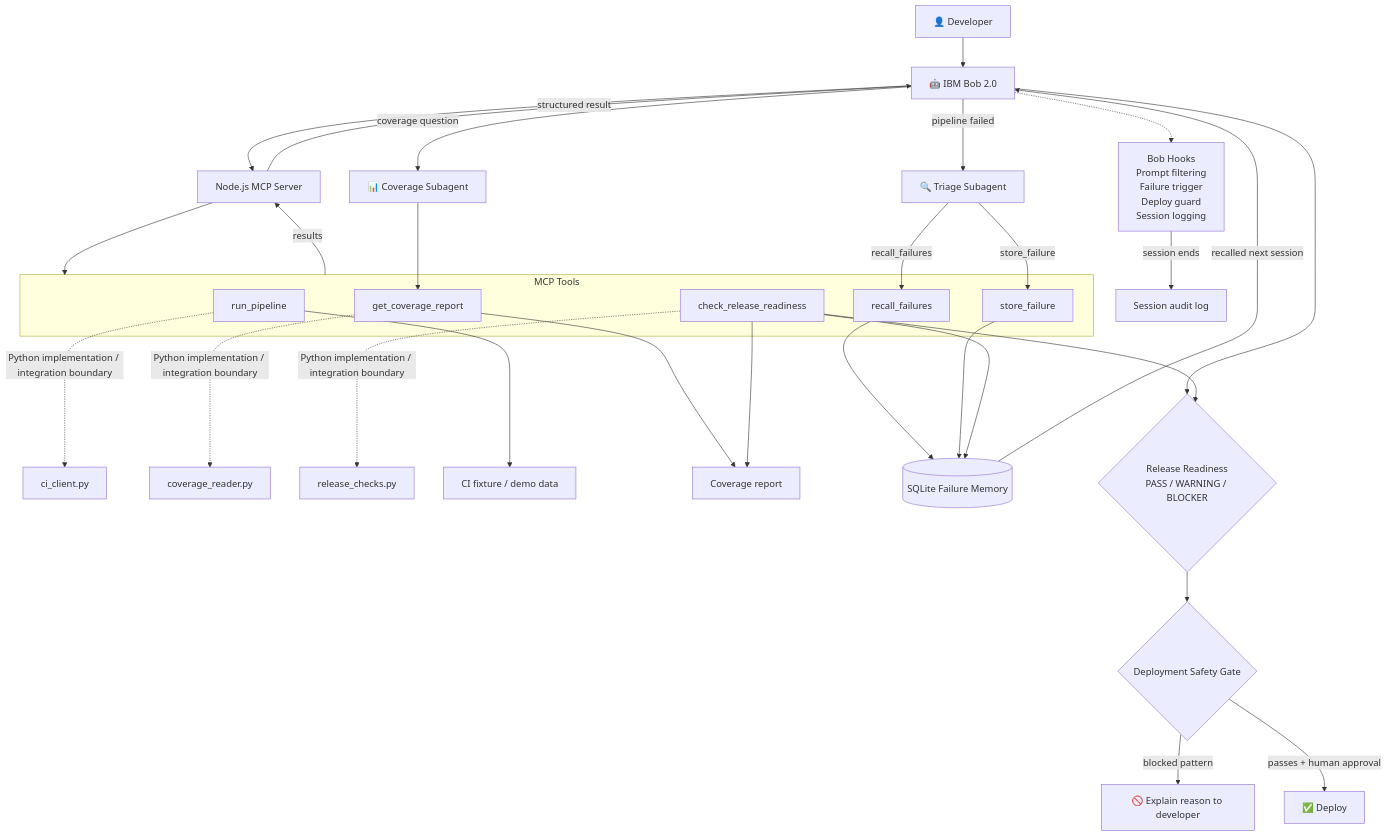
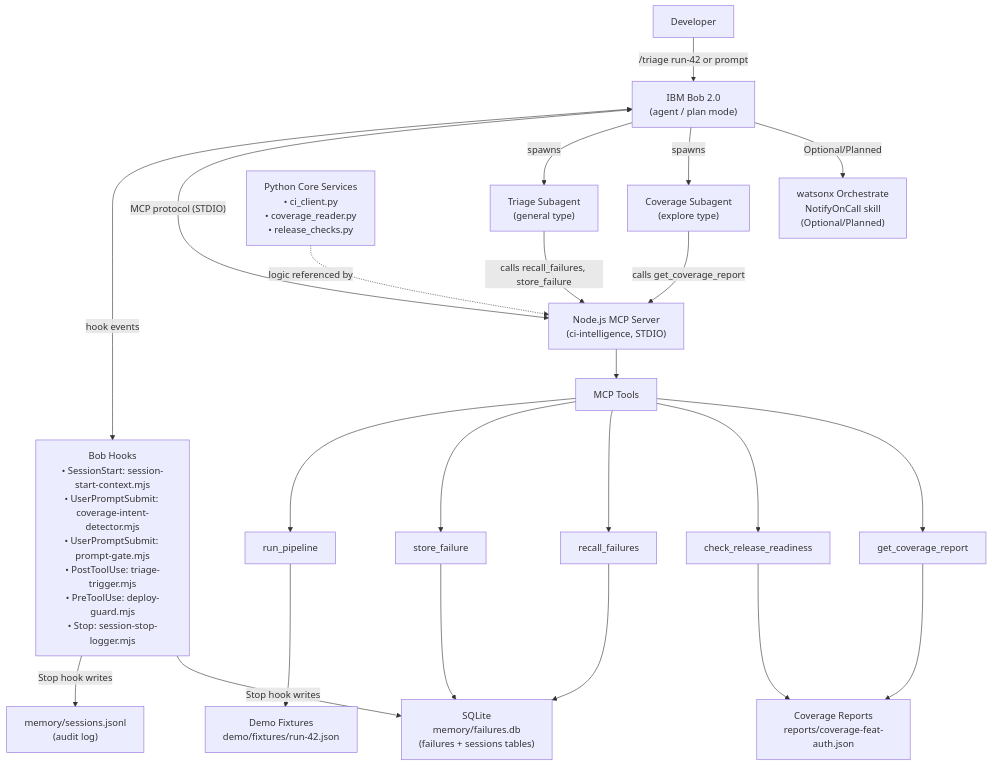
The diagram in README.md (SiddharthAgr/ibm_hackethon_4play), drawn with Mermaid before and after one commit. The commit also changed other lines of this file, not shown here.

Commit message:
Reverting the changes in readme file

````diff
--- a/README.md
+++ b/README.md
@@ -75,46 +76,44 @@
 ```mermaid
 flowchart TD
-    DEV["👤 Developer"] --> BOB["🤖 IBM Bob 2.0"]
-    BOB --> MCP["Node.js MCP Server"]
+    DEV["Developer"]
+    BOB["IBM Bob 2.0\n(agent / plan mode)"]
+    HOOKS["Bob Hooks\n• SessionStart: session-start-context.mjs\n• UserPromptSubmit: coverage-intent-detector.mjs\n• UserPromptSubmit: prompt-gate.mjs\n• PostToolUse: triage-trigger.mjs\n• PreToolUse: deploy-guard.mjs\n• Stop: session-stop-logger.mjs"]
+    MCP["Node.js MCP Server\n(ci-intelligence, STDIO)"]
+    TRIAGE["Triage Subagent\n(general type)"]
+    COVERAGE["Coverage Subagent\n(explore type)"]
+    TOOLS["MCP Tools"]
+    RP["run_pipeline"]
+    SF["store_failure"]
+    RF["recall_failures"]
+    CRR["check_release_readiness"]
+    GCR["get_coverage_report"]
+    PY["Python Core Services\n• ci_client.py\n• coverage_reader.py\n• release_checks.py"]
+    DB["SQLite\nmemory/failures.db\n(failures + sessions tables)"]
+    FIXTURES["Demo Fixtures\ndemo/fixtures/run-42.json"]
+    REPORTS["Coverage Reports\nreports/coverage-feat-auth.json"]
+    JSONL["memory/sessions.jsonl\n(audit log)"]
+    ORC["watsonx Orchestrate\nNotifyOnCall skill\n(Optional/Planned)"]
+
+    DEV -->|"/triage run-42 or prompt"| BOB
+    BOB <-->|"hook events"| HOOKS
+    BOB <-->|"MCP protocol (STDIO)"| MCP
+    BOB -->|"spawns"| TRIAGE
+    BOB -->|"spawns"| COVERAGE
+    TRIAGE -->|"calls recall_failures, store_failure"| MCP
+    COVERAGE -->|"calls get_coverage_report"| MCP
     MCP --> TOOLS
-
-    subgraph TOOLS["MCP Tools"]
-        RP["run_pipeline"]
-        GCR["get_coverage_report"]
-        CRR["check_release_readiness"]
-        RF["recall_failures"]
-        SF["store_failure"]
-    end
-
-    RP -.->|"Python implementation / integration boundary"| PY_CI["ci_client.py"]
-    GCR -.->|"Python implementation / integration boundary"| PY_COV["coverage_reader.py"]
-    CRR -.->|"Python implementation / integration boundary"| PY_REL["release_checks.py"]
-
-    RP --> FIX["CI fixture / demo data"]
-    GCR --> REPORTS["Coverage report"]
+    TOOLS --> RP
+    TOOLS --> SF
+    TOOLS --> RF
+    TOOLS --> CRR
+    TOOLS --> GCR
+    RP --> FIXTURES
+    GCR --> REPORTS
     CRR --> REPORTS
-    RF --> DB[("SQLite Failure Memory")]
     SF --> DB
-    CRR --> DB
-
-    TOOLS -->|"results"| MCP
-    MCP -->|"structured result"| BOB
-
-    BOB -->|"pipeline failed"| TRIAGE["🔍 Triage Subagent"]
-    BOB -->|"coverage question"| COVERAGE["📊 Coverage Subagent"]
-    TRIAGE -->|"recall_failures"| RF
-    TRIAGE -->|"store_failure"| SF
-    COVERAGE --> GCR
-
-    DB -->|"recalled next session"| BOB
-
-    HOOKS["Bob Hooks\nPrompt filtering\nFailure trigger\nDeploy guard\nSession logging"]
-    BOB -.-> HOOKS
-    HOOKS -->|"session ends"| LOG["Session audit log"]
-
-    BOB --> READY{"Release Readiness\nPASS / WARNING / BLOCKER"}
-    CRR --> READY
-    READY --> GATE{"Deployment Safety Gate"}
-    GATE -->|"blocked pattern"| BLOCKED["🚫 Explain reason to developer"]
-    GATE -->|"passes + human approval"| DEPLOY["✅ Deploy"]
+    RF --> DB
+    HOOKS -->|"Stop hook writes"| JSONL
+    HOOKS -->|"Stop hook writes"| DB
+    BOB -->|"Optional/Planned"| ORC
+    PY -.->|"logic referenced by"| MCP
 ```
````
